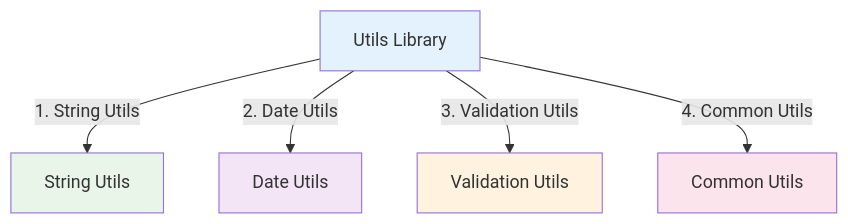
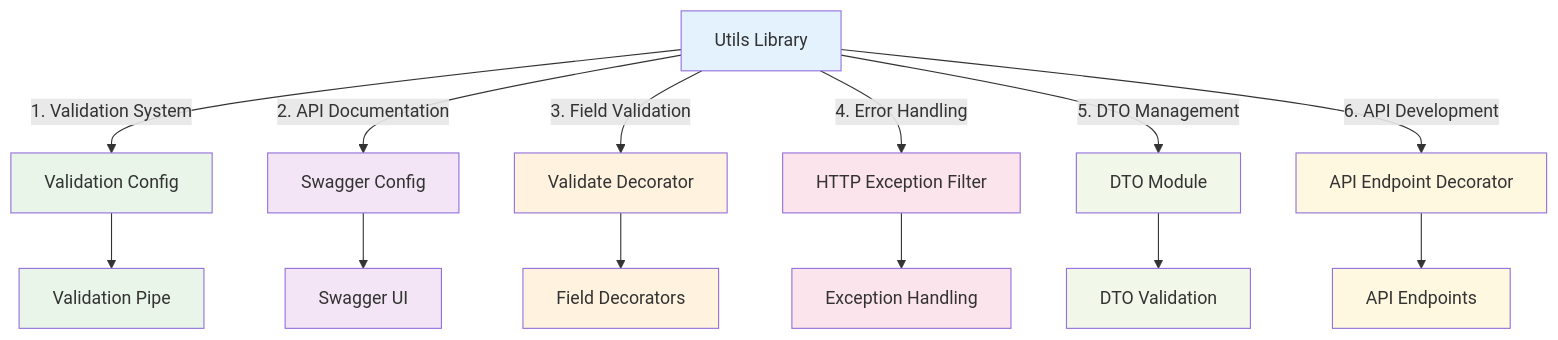
Before and after one commit to ecom-co/document: the diagram in docs/ecom-co/libs/utils/utils-library.md, drawn with Mermaid. The commit also changed other lines of this file and 31 other files, not shown here.

````diff
--- a/docs/ecom-co/libs/utils/utils-library.md
+++ b/docs/ecom-co/libs/utils/utils-library.md
@@ -26,13 +30,30 @@
 ```mermaid
 flowchart TD
-    A[Utils Library] -->|1. String Utils| B[String Utils]
-    A -->|2. Date Utils| C[Date Utils]
-    A -->|3. Validation Utils| D[Validation Utils]
-    A -->|4. Common Utils| E[Common Utils]
+    A[Utils Library] -->|1. Validation System| B[Validation Config]
+    A -->|2. API Documentation| C[Swagger Config]
+    A -->|3. Field Validation| D[Validate Decorator]
+    A -->|4. Error Handling| E[HTTP Exception Filter]
+    A -->|5. DTO Management| F[DTO Module]
+    A -->|6. API Development| G[API Endpoint Decorator]
+    
+    B --> H[Validation Pipe]
+    C --> I[Swagger UI]
+    D --> J[Field Decorators]
+    E --> K[Exception Handling]
+    F --> L[DTO Validation]
+    G --> M[API Endpoints]
     
     style A fill:#e3f2fd
     style B fill:#e8f5e8
     style C fill:#f3e5f5
     style D fill:#fff3e0
     style E fill:#fce4ec
+    style F fill:#f1f8e9
+    style G fill:#fff8e1
+    style H fill:#e8f5e8
+    style I fill:#f3e5f5
+    style J fill:#fff3e0
+    style K fill:#fce4ec
+    style L fill:#f1f8e9
+    style M fill:#fff8e1
 ```
````
